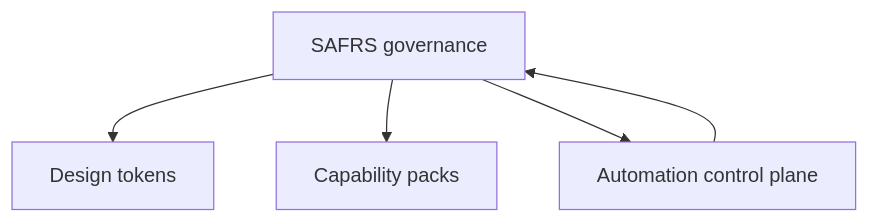
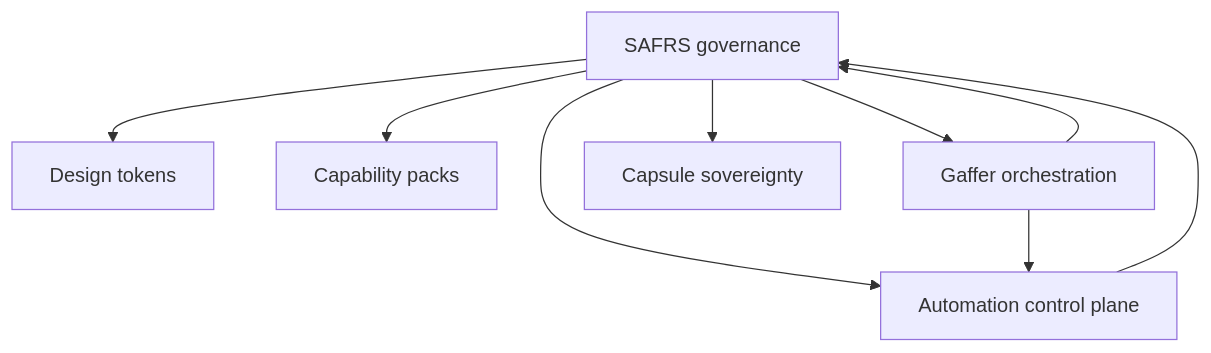
Before and after one commit to drferdi/Monorepo-safrs: the diagram in sentrawiki/features/index.md, drawn with Mermaid. The commit also changed other lines of this file and 197 other files, not shown here.

````diff
--- a/sentrawiki/features/index.md
+++ b/sentrawiki/features/index.md
@@ -35,7 +16,11 @@
 ```mermaid
 flowchart TB
     GOV[SAFRS governance] --> TOKENS[Design tokens]
     GOV --> CAPS[Capability packs]
     GOV --> AUTO[Automation control plane]
+    GOV --> GAFFER[Gaffer orchestration]
+    GOV --> SOV[Capsule sovereignty]
     AUTO --> GOV
+    GAFFER --> AUTO
+    GAFFER --> GOV
 ```
````
